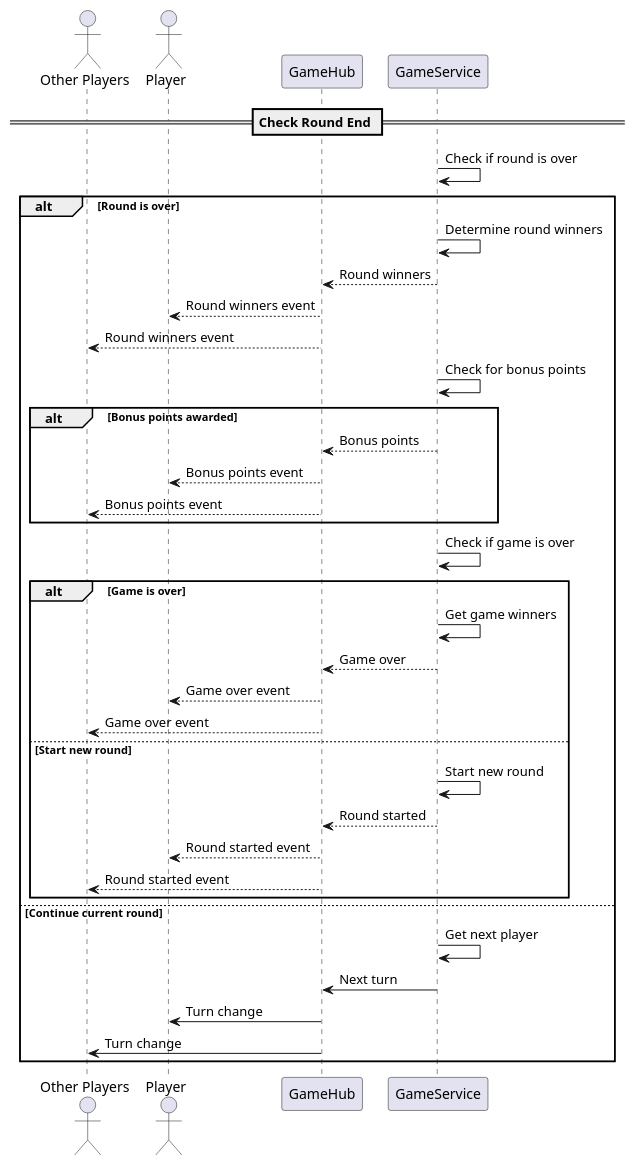
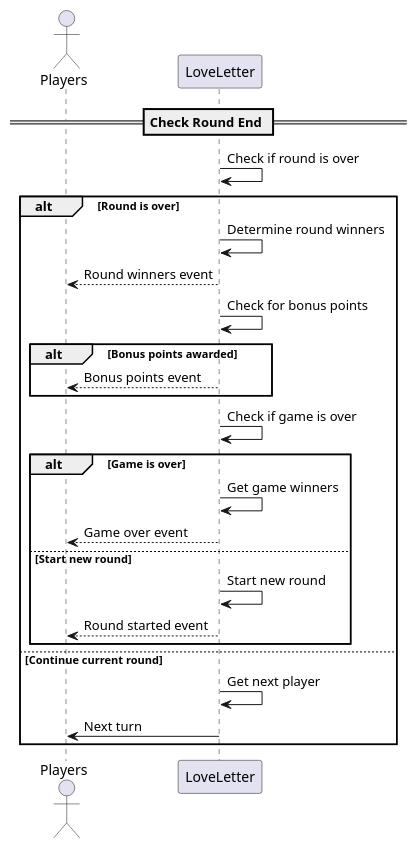
Before and after one commit to cardoso42/cartas-de-amor: the diagram in docs/sequence_diagrams/game_flow/advance_turn_flow.puml, drawn with PlantUML. The commit also changed 50 other files, not shown here.

```diff
--- a/docs/sequence_diagrams/game_flow/advance_turn_flow.puml
+++ b/docs/sequence_diagrams/game_flow/advance_turn_flow.puml
@@ -1,44 +1,32 @@
 @startuml AdvanceTurnFlow
 
-actor "Other Players" as Others
-actor "Player" as Player
-participant "GameHub" as Hub
-participant "GameService" as GameSvc
+actor "Players" as Player
+participant "LoveLetter" as Hub
 
 == Check Round End ==
 
-GameSvc -> GameSvc: Check if round is over
+Hub -> Hub: Check if round is over
 
 alt Round is over
-    GameSvc -> GameSvc: Determine round winners
-    GameSvc --> Hub: Round winners
+    Hub -> Hub: Determine round winners
     Hub --> Player: Round winners event
-    Hub --> Others: Round winners event
 
-    GameSvc -> GameSvc: Check for bonus points
+    Hub -> Hub: Check for bonus points
     alt Bonus points awarded
-        GameSvc --> Hub: Bonus points
         Hub --> Player: Bonus points event
-        Hub --> Others: Bonus points event
     end
     
-    GameSvc -> GameSvc: Check if game is over
+    Hub -> Hub: Check if game is over
     alt Game is over
-        GameSvc -> GameSvc: Get game winners
-        GameSvc --> Hub: Game over
+        Hub -> Hub: Get game winners
         Hub --> Player: Game over event
-        Hub --> Others: Game over event
     else Start new round
-        GameSvc -> GameSvc: Start new round
-        GameSvc --> Hub: Round started
+        Hub -> Hub: Start new round
         Hub --> Player: Round started event
-        Hub --> Others: Round started event
     end
 else Continue current round
-    GameSvc -> GameSvc: Get next player
-    GameSvc -> Hub: Next turn
-    Hub -> Player: Turn change
-    Hub -> Others: Turn change
+    Hub -> Hub: Get next player
+    Hub -> Player: Next turn
 end
 
 @enduml 
```
